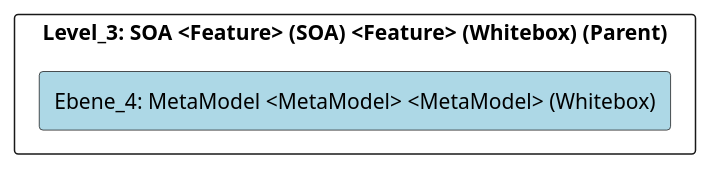
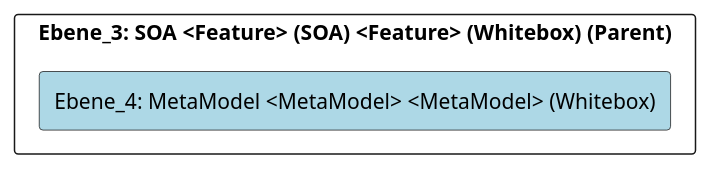
The diagram in doc/cleonproject_deliverables_architecture_model_architecture/adoc/de/05_bausteinsicht/cleon/architecture_styles_and_patterns/soa/metamodel/ebene_4_metamodel.adoc (marcozwyssig/cleon), drawn with PlantUML before and after one commit. The commit also changed other lines of this file and 620 other files, not shown here.

```diff
--- a/doc/cleonproject_deliverables_architecture_model_architecture/adoc/de/05_bausteinsicht/cleon/architecture_styles_and_patterns/soa/metamodel/ebene_4_metamodel.adoc
+++ b/doc/cleonproject_deliverables_architecture_model_architecture/adoc/de/05_bausteinsicht/cleon/architecture_styles_and_patterns/soa/metamodel/ebene_4_metamodel.adoc
@@ -20,24 +20,24 @@
 [plantuml, Ebene_4: MetaModel <MetaModel> <MetaModel> (Whitebox)BlockOverview, format="svg"]
 ----
 @startuml Ebene_4: MetaModel <MetaModel> <MetaModel> (Whitebox)BuildingBlockOverview
 
 skinparam ranksep 10
 skinparam componentStyle rectangle
 skinparam shadowing false
 skinparam arrowColor lightblue
 skinparam arrowThickness 1.2
 skinparam rectangle {
   BackgroundColor White
   BorderColor #333
   RoundCorner 10
 }
 top to bottom direction
 
-component "Level_3: SOA <Feature> (SOA) <Feature> (Whitebox) (Parent)" {
+component "Ebene_3: SOA <Feature> (SOA) <Feature> (Whitebox) (Parent)" {
     component "Ebene_4: MetaModel <MetaModel> <MetaModel> (Whitebox)" #lightblue {
     }
 
 }
 
 @enduml
 ----
```
